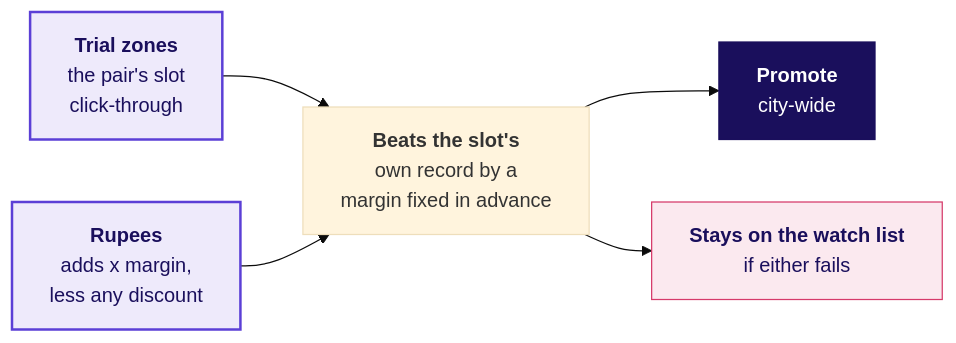
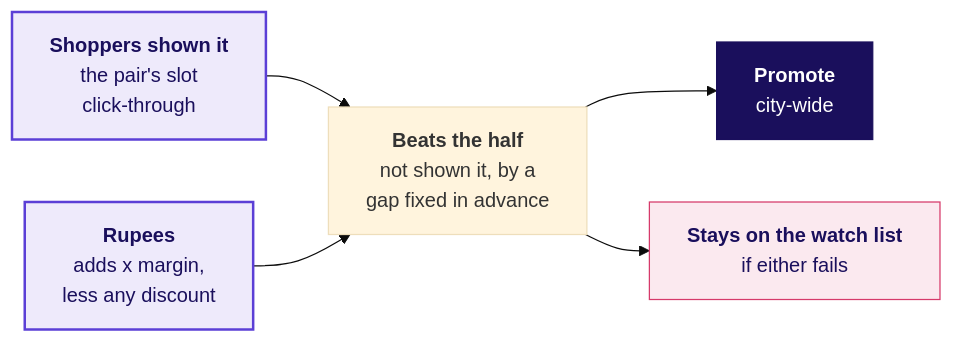
The second of 3 diagrams in content/W04/D3/slides/C2_W04_D03_fallback_STUDENT.md (fde-academy-lab/c2-content-factory), drawn with Mermaid (base theme) before and after one commit. The commit also changed other lines of this file and 5 other files, not shown here.

````diff
--- a/content/W04/D3/slides/C2_W04_D03_fallback_STUDENT.md
+++ b/content/W04/D3/slides/C2_W04_D03_fallback_STUDENT.md
@@ -86,13 +86,13 @@
 ```mermaid
 flowchart LR
-    T["<b>Trial zones</b><br/>the pair's slot<br/>click-through"] --> G["<b>Beats the slot's</b><br/>own record by a<br/>margin fixed in advance"]
+    T["<b>Shoppers shown it</b><br/>the pair's slot<br/>click-through"] --> G["<b>Beats the half</b><br/>not shown it, by a<br/>gap fixed in advance"]
     R["<b>Rupees</b><br/>adds x margin,<br/>less any discount"] --> G
     G --> P["<b>Promote</b><br/>city-wide"]
     G --> W["<b>Stays on the watch list</b><br/>if either fails"]
     classDef known fill:#EEEAFB,stroke:#5B3FD6,color:#1A0F5C,stroke-width:2px
     classDef lit fill:#1A0F5C,stroke:#1A0F5C,color:#FFFFFF
     classDef bad fill:#FBE9EF,stroke:#D63A6A,color:#1A0F5C
     class T,R known
     class P lit
     class W bad
 ```
````
